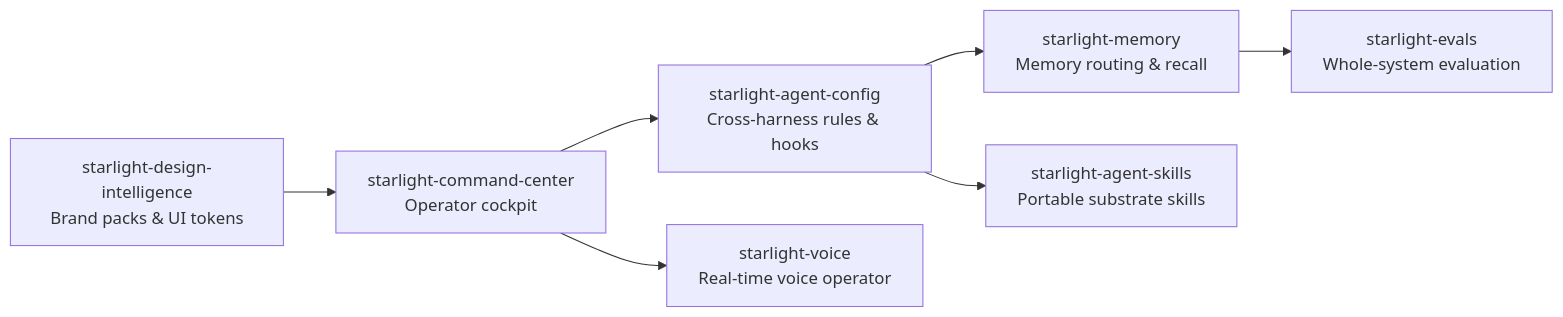
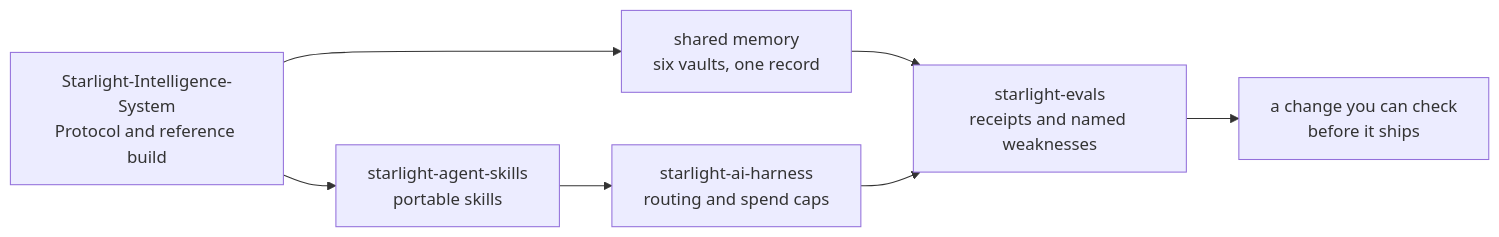
The diagram in profile/README.md (Starlight-Intelligence/.github), drawn with Mermaid before and after one commit. The commit also changed other lines of this file and 2 other files, not shown here.

First line of the commit message:
docs(org): rewrite profile front door and add ORG-MAP routing index (#10)

````diff
--- a/profile/README.md
+++ b/profile/README.md
@@ -29,9 +44,9 @@
 ```mermaid
 flowchart LR
-  CC["starlight-command-center<br/>Operator cockpit"] --> AC["starlight-agent-config<br/>Cross-harness rules & hooks"]
-  CC --> MV["starlight-voice<br/>Real-time voice operator"]
-  AC --> SM["starlight-memory<br/>Memory routing & recall"]
-  AC --> SK["starlight-agent-skills<br/>Portable substrate skills"]
-  SM --> SE["starlight-evals<br/>Whole-system evaluation"]
-  DI["starlight-design-intelligence<br/>Brand packs & UI tokens"] --> CC
+  SIS["Starlight-Intelligence-System<br/>Protocol and reference build"] --> MEM["shared memory<br/>six vaults, one record"]
+  SIS --> SKL["starlight-agent-skills<br/>portable skills"]
+  SKL --> HAR["starlight-ai-harness<br/>routing and spend caps"]
+  MEM --> EVA["starlight-evals<br/>receipts and named weaknesses"]
+  HAR --> EVA
+  EVA --> OUT["a change you can check<br/>before it ships"]
 ```
````
